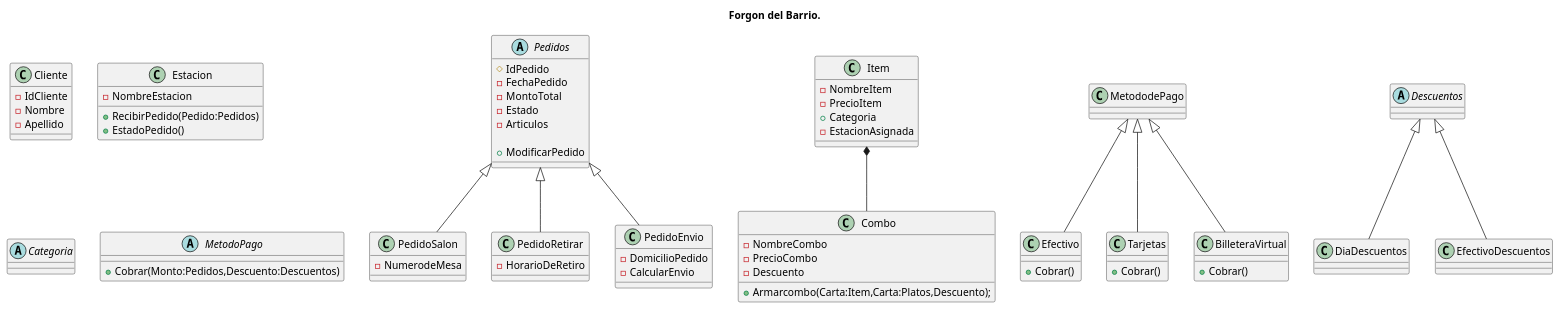
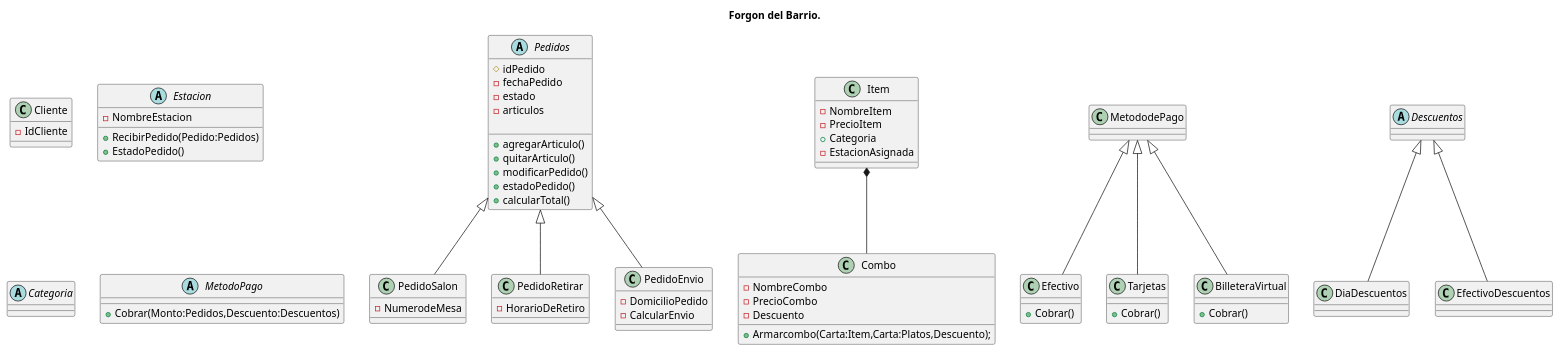
The diagram in Diagrama del TP/Restaurante.puml (biglierilaram/Trabajo_Practico_Prog2), drawn with PlantUML before and after one commit. The commit also changed 2 other files, not shown here.

Commit message:
Creo la clase Cliente, Pedido y dejo ambas actualizadas en el diagrama de clases.

```diff
--- a/Diagrama del TP/Restaurante.puml
+++ b/Diagrama del TP/Restaurante.puml
@@ -1,144 +1,134 @@
 @startuml
 
 title Forgon del Barrio.
 
 class Cliente{
 - IdCliente
-- Nombre
-- Apellido
 }
 ' Incluí IdCliente y sacaria -nombre y -apellido, no me interesan, dejo solo un # de cliente
 ' Relacion Cliente pedido (asociacion, 1 cliente varios pedidos)
 
 abstract class Pedidos{
-# IdPedido
-- FechaPedido
-- MontoTotal
-- Estado
-- Articulos
-
-+ ModificarPedido
+#idPedido
+-fechaPedido
+-estado
+-articulos
+ 
++agregarArticulo()
++quitarArticulo()
++modificarPedido()
++estadoPedido()
++calcularTotal()
 }
 'Agrego Estado (en proparacion, listo, entregado)
 'Saco -TipoDePedido() ya que son las clases que heredan
 
 
 ' Relaciones
 Pedidos <|-- PedidoSalon
 Pedidos <|-- PedidoRetirar
 Pedidos <|--PedidoEnvio
 
 class PedidoSalon{
 -NumerodeMesa
 }
 
 class PedidoRetirar{
 -HorarioDeRetiro
 }
 
 class PedidoEnvio{
 -DomicilioPedido
 -CalcularEnvio
 }
 'Agrego calcular envio
 'Saco modificar pedido de las clases heredadas ya que lo hace la clase pedidos
 
 ' CADETE QUE ES? TIENE OBRA SOCIAL?
 
 
 
 
-
-
-
-
-
-
-
-
-
-
-
-class Estacion{
+abstract class Estacion{
 
 -NombreEstacion
 
 +RecibirPedido(Pedido:Pedidos)
 +EstadoPedido()
 
 }
 ' TENEMOS QUE VER COMO PORONGA ESTABLECER EL ESTADO DEL PEDIDO
 ' AVERIGUAR SI LOS TIPOS DE ESTACIONES SON HIJOS O ALGO DE ESTACION
 
 
 
 
 
 
 
 
 
 
 'NO SI SI VA
 abstract class Categoria{
 
 }
 
 class Item{
 
 -NombreItem
 -PrecioItem
 +Categoria
 -EstacionAsignada
 
 }
 
 class Combo{
 -NombreCombo
 -PrecioCombo
 -Descuento
 + Armarcombo(Carta:Item,Carta:Platos,Descuento);
 }
 
 'Relacion
 Item 	*-- Combo
 
 
 abstract class MetodoPago{
 +Cobrar(Monto:Pedidos,Descuento:Descuentos)
 }
 
 class Efectivo{
 +Cobrar()
 }
 
 class Tarjetas{
 +Cobrar()
 }
 
 class BilleteraVirtual{
 +Cobrar()
 }
 'Relacion
 MetododePago <|-- Efectivo
 MetododePago <|-- Tarjetas
 MetododePago <|-- BilleteraVirtual
 
 
 
 'DEFINIR COMO ELEGIR QUE DESCUENTO APLICAR
 abstract class Descuentos{
 }
 
 class DiaDescuentos{
 }
 
 class EfectivoDescuentos{
 }
 
 Descuentos <|-- DiaDescuentos
 Descuentos <|-- EfectivoDescuentos
 
 
 
 @enduml
```
